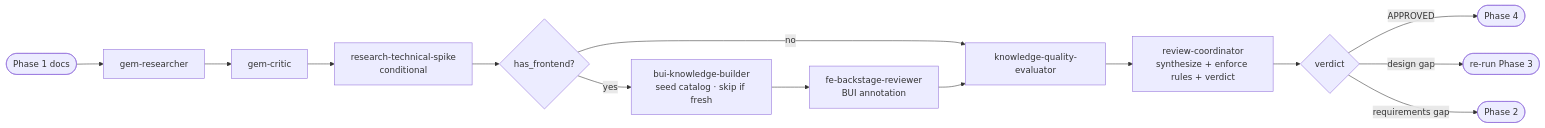
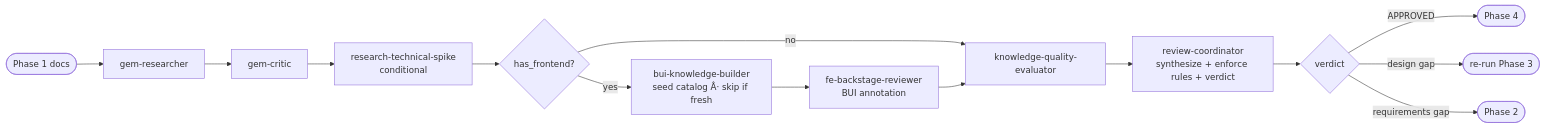
Before and after one commit to MrKimBao/dev-lifecycle-agents: the diagram in ai-workspace/dev-lifecycle/phase-3-design-review.md, drawn with Mermaid. The commit also changed other lines of this file and 19 other files, not shown here.

````diff
--- a/ai-workspace/dev-lifecycle/phase-3-design-review.md
+++ b/ai-workspace/dev-lifecycle/phase-3-design-review.md
@@ -34,19 +34,19 @@
 ```mermaid
 flowchart LR
     IN([Phase 1 docs]) --> A1
     A1[gem-researcher] --> A2
     A2[gem-critic] --> A3
     A3[research-technical-spike\nconditional] --> A4
     A4{has_frontend?}
-    A4 -->|yes| A4a[bui-knowledge-builder\nseed catalog · skip if fresh]
+    A4 -->|yes| A4a[bui-knowledge-builder\nseed catalog Â· skip if fresh]
     A4 -->|no| A5
     A4a --> A4b[fe-backstage-reviewer\nBUI annotation]
     A4b --> A5
     A5[knowledge-quality-evaluator] --> RC
     RC[review-coordinator\nsynthesize + enforce rules + verdict] --> OUT
 
     OUT{verdict}
     OUT -->|APPROVED| NEXT([Phase 4])
     OUT -->|design gap| SELF([re-run Phase 3])
     OUT -->|requirements gap| BACK([Phase 2])
 ```
````
